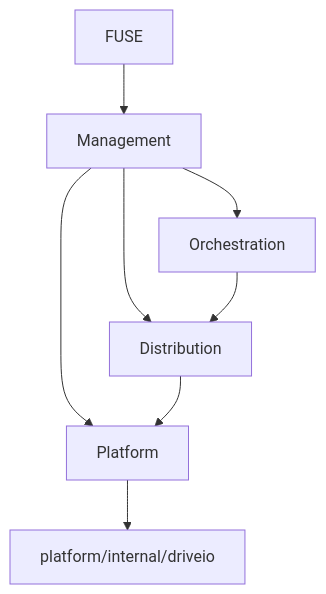
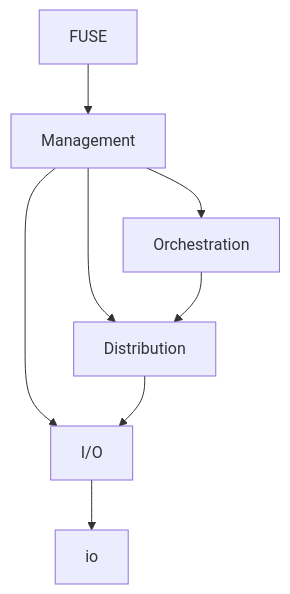
The diagram in README.md (tetsup/flexraid), drawn with Mermaid before and after one commit. The commit also changed other lines of this file, not shown here.

Commit message:
docs: consolidate device platform into io

````diff
--- a/README.md
+++ b/README.md
@@ -28,10 +28,10 @@
 ```mermaid
 flowchart TD
     FUSE --> Management
     Management --> Orchestration
     Management --> Distribution
     Orchestration --> Distribution
-    Management --> Platform
-    Distribution --> Platform
-    Platform --> DriveIO[platform/internal/driveio]
+    Management --> I/O
+    Distribution --> I/O
+    I/O --> DriveIO[io]
 ```
````
